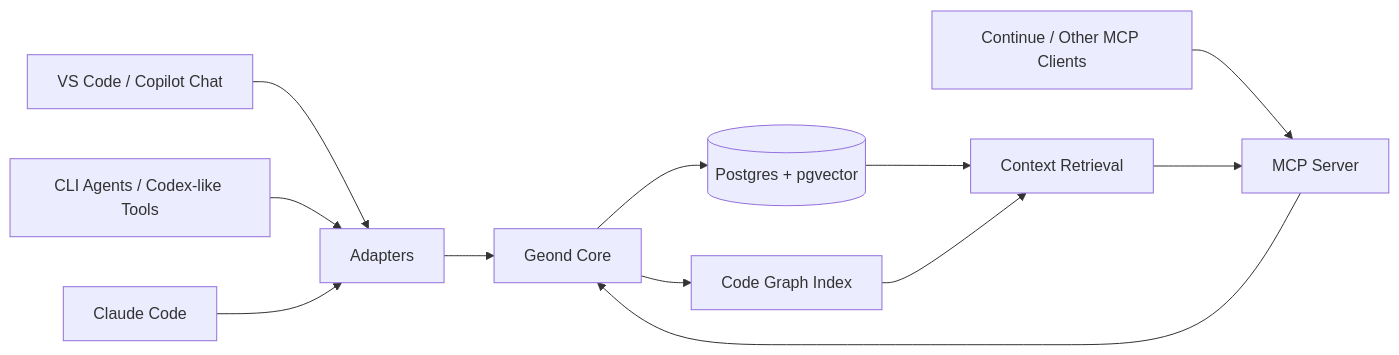
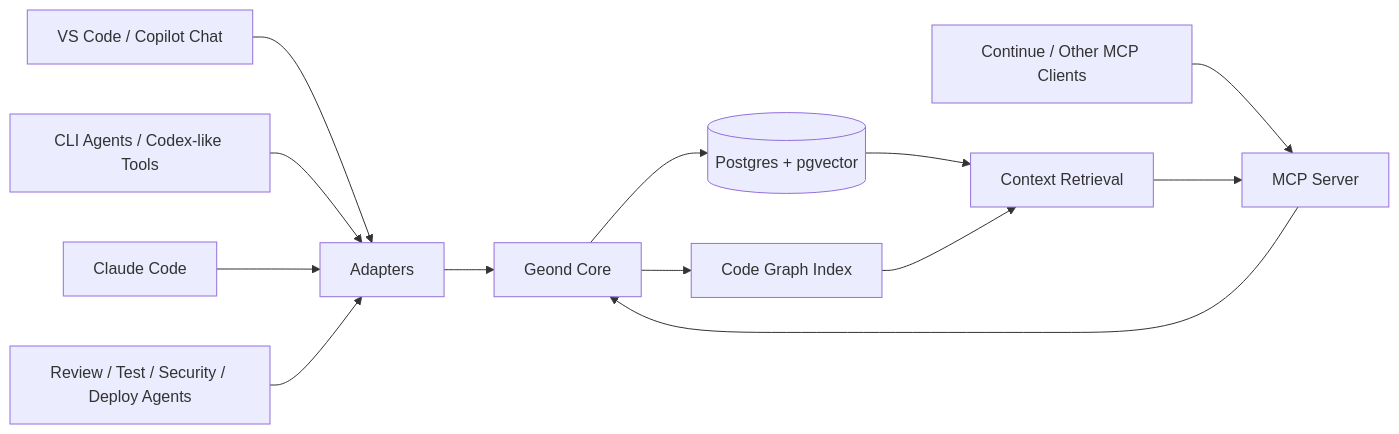
The diagram in README.md (geondongkim/geond-agent-protocol), drawn with Mermaid before and after one commit. The commit also changed other lines of this file and 7 other files, not shown here.

````diff
--- a/README.md
+++ b/README.md
@@ -37,14 +42,15 @@
 ```mermaid
 flowchart LR
     A[VS Code / Copilot Chat] --> I[Adapters]
     B[CLI Agents / Codex-like Tools] --> I
     C[Claude Code] --> I
     D[Continue / Other MCP Clients] --> M[MCP Server]
+    E[Review / Test / Security / Deploy Agents] --> I
     I --> G[Geond Core]
     M --> G
     G --> P[(Postgres + pgvector)]
     G --> S[Code Graph Index]
     P --> R[Context Retrieval]
     S --> R
     R --> M
 ```
````
